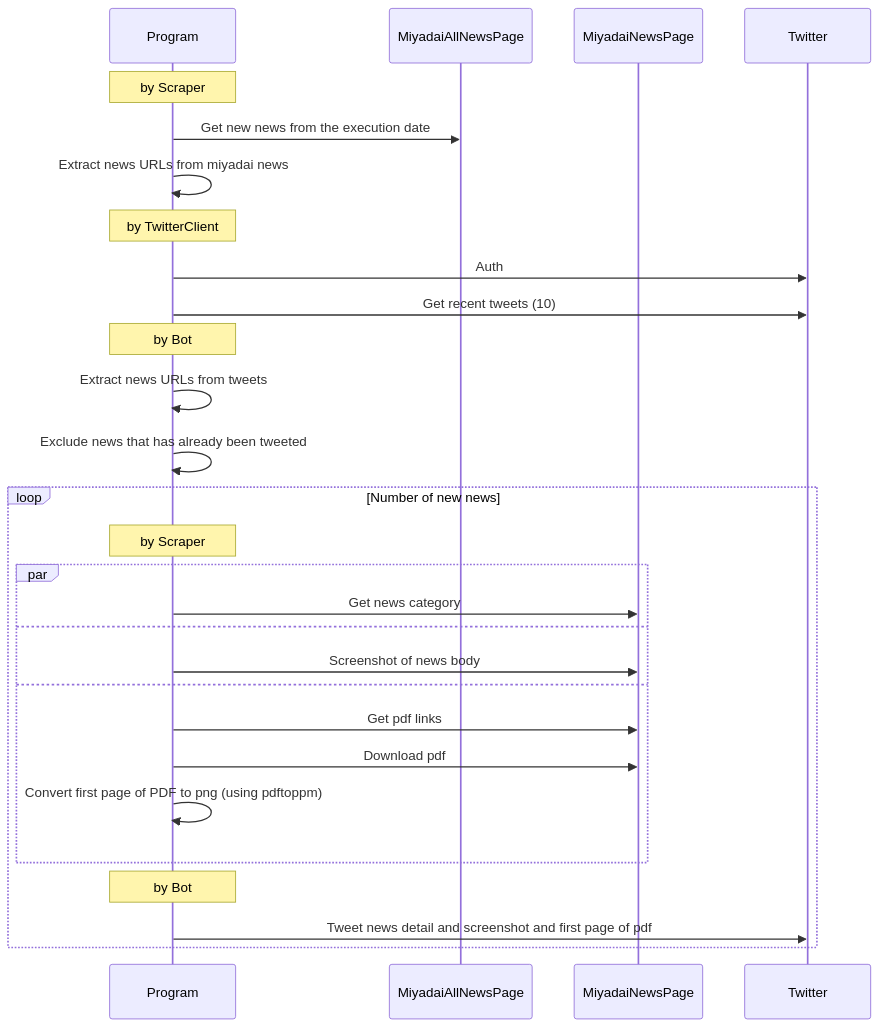
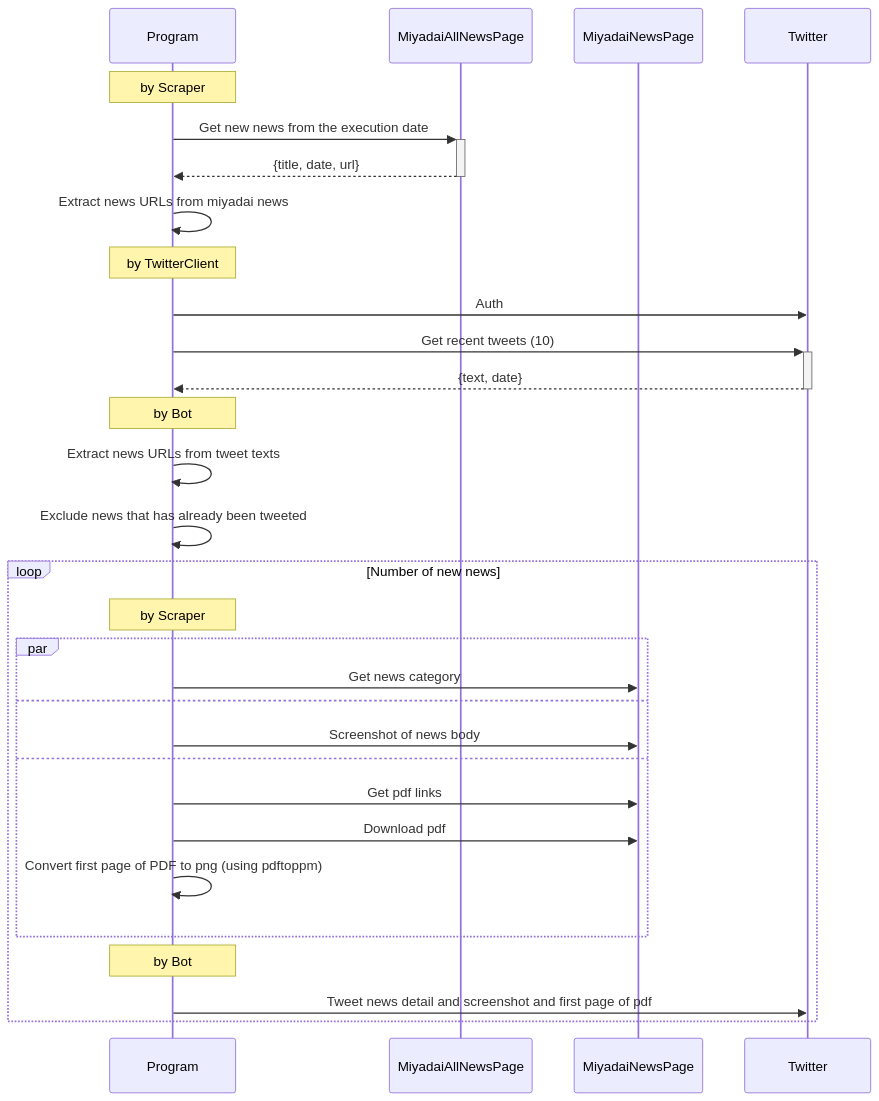
Before and after one commit to korosuke613/miyadai-oshirase-twitter-bot: the diagram in README.md, drawn with Mermaid.

Commit message:
doc: update flow

````diff
--- a/README.md
+++ b/README.md
@@ -8,30 +8,32 @@
 ```mermaid
 sequenceDiagram
     participant Program
     participant MiyadaiAllNewsPage
     participant MiyadaiNewsPage
     participant Twitter
     Note over Program: by Scraper
-    Program->>MiyadaiAllNewsPage: Get new news from the execution date
+    Program->>+MiyadaiAllNewsPage: Get new news from the execution date
+    MiyadaiAllNewsPage-->>-Program: {title, date, url}
     Program->>Program: Extract news URLs from miyadai news
     Note over Program: by TwitterClient
     Program->>Twitter: Auth
-    Program->>Twitter: Get recent tweets (10)
+    Program->>+Twitter: Get recent tweets (10)
+    Twitter-->>-Program: {text, date}
     Note over Program: by Bot
-    Program->>Program: Extract news URLs from tweets
+    Program->>Program: Extract news URLs from tweet texts
     Program->>Program: Exclude news that has already been tweeted
     loop Number of new news
         Note over Program: by Scraper
         par 
         Program->>MiyadaiNewsPage: Get news category
         and
         Program->>MiyadaiNewsPage: Screenshot of news body
         and
         Program->>MiyadaiNewsPage: Get pdf links
         Program->>MiyadaiNewsPage: Download pdf
         Program->>Program: Convert first page of PDF to png (using pdftoppm)
         end
         Note over Program: by Bot
         Program->>Twitter: Tweet news detail and screenshot and first page of pdf
     end
 ```
````
